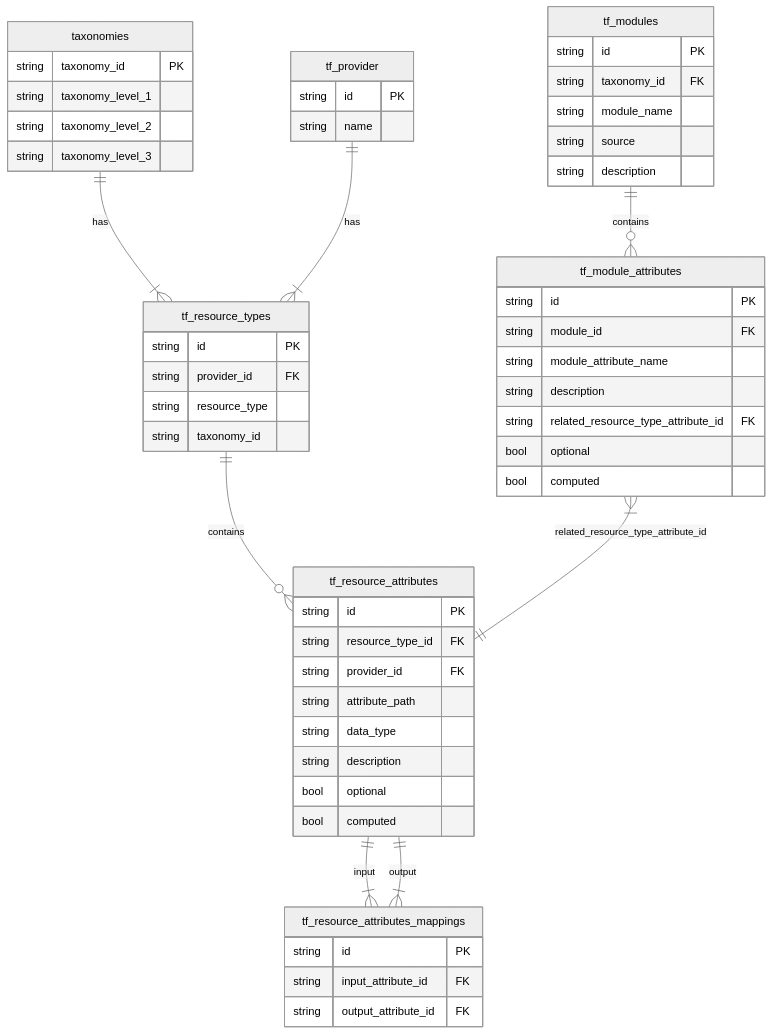
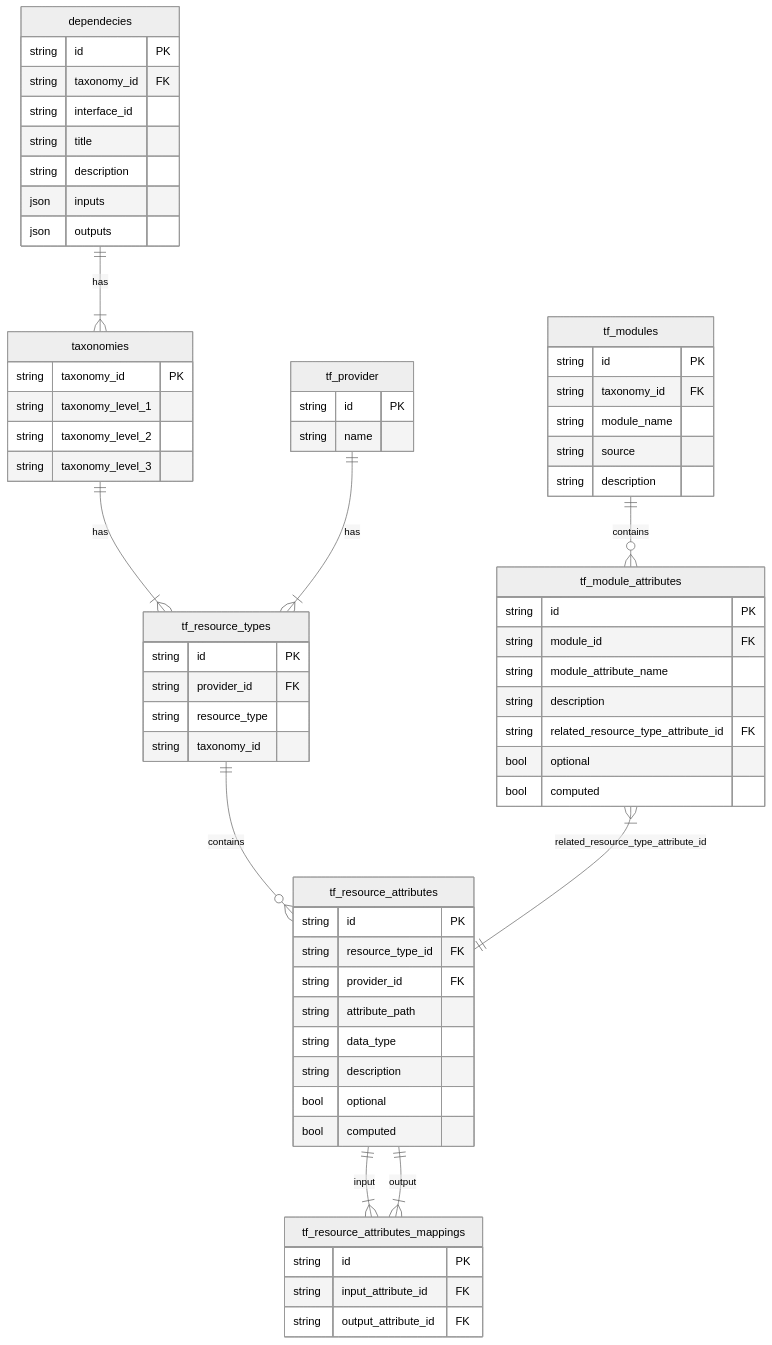
One commit to nonfx/terrarium changed the diagram in src/pkg/db/readme.md. Above: the diagram before and after it, drawn with Mermaid (neutral theme).

Commit message:
TER-215 added dependecy table

````diff
--- a/src/pkg/db/readme.md
+++ b/src/pkg/db/readme.md
@@ -5,59 +5,69 @@
 ```mermaid
-erDiagram  
+erDiagram
     "tf_provider" {
         string id PK
         string name
     }
     "tf_resource_types" {
         string id PK
         string provider_id FK
         string resource_type
         string taxonomy_id
     }
     "tf_resource_attributes" {
         string id PK
         string resource_type_id FK
         string provider_id FK
         string attribute_path
         string data_type
         string description
         bool optional
         bool computed
     }
     "tf_resource_attributes_mappings" {
         string id PK
         string input_attribute_id FK
         string output_attribute_id FK
     }
     "tf_modules" {
         string id PK
         string taxonomy_id FK
         string module_name
         string source
         string description
     }
     "tf_module_attributes" {
         string id PK
         string module_id FK
         string module_attribute_name
         string description
         string related_resource_type_attribute_id FK
         bool optional
         bool computed
     }
     "taxonomies" {
         string taxonomy_id PK
         string taxonomy_level_1
         string taxonomy_level_2
         string taxonomy_level_3
     }
+    "dependecies" {
+        string id PK
+        string taxonomy_id FK
+        string interface_id
+        string title
+        string description
+        json inputs
+        json outputs
+    }
 
     %% Define relationships
     "tf_resource_types" ||--o{ "tf_resource_attributes" : contains
     "tf_resource_attributes" ||--|{ "tf_resource_attributes_mappings" : input
     "tf_resource_attributes" ||--|{ "tf_resource_attributes_mappings" : output
     "tf_modules" ||--o{ "tf_module_attributes" : contains
     "tf_module_attributes" }|--|| "tf_resource_attributes" : related_resource_type_attribute_id
     "taxonomies" ||--|{ "tf_resource_types" : has
     "tf_provider" ||--|{ "tf_resource_types" : has
+    "dependecies" ||--|{ "taxonomies" : has
 ```
````
